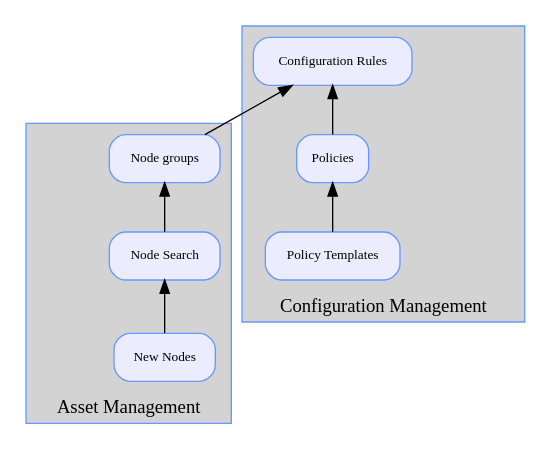
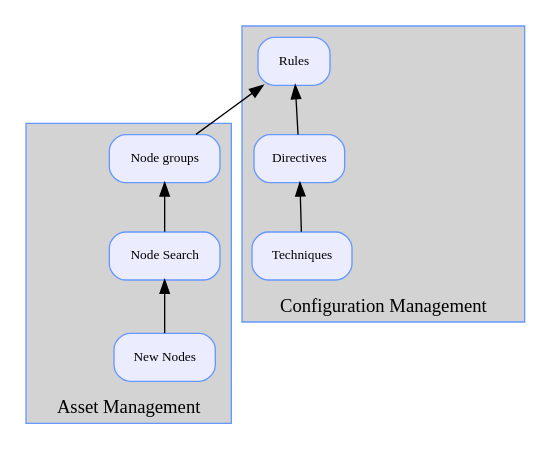
The diagram in graphviz/concepts.dot (Normation/rudder-doc), drawn with Graphviz before and after one commit. The commit also changed 2 other files, not shown here.

Commit message:
issue #2337 graphviz graphes updated with new names

```diff
--- a/graphviz/concepts.dot
+++ b/graphviz/concepts.dot
@@ -1,39 +1,39 @@
 digraph concepts{
 
 rankdir=BT;
 node [shape=Mrecord, style=filled, color="#6699ff", fillcolor="#ececff",
 fontsize=10];
-NN NS NG PT PS CR ;
+NN NS NG TE DI RU ;
 
 NN [label = "New Nodes" ];
 
 NS [label = "Node Search" ];
 
 NG [label = "Node groups"];
 
-PT [label = "Policy Templates"];
+TE [label = "Techniques"];
 
-PS [label = "Policies"];
+DI [label = "Directives"];
 
-CR [label = "Configuration Rules"];
+RU [label = "Rules"];
 
 subgraph cluster0 { 
     label="Asset Management"; 
     style=filled;
     color="#6699ff"; 
     fillcolor=lightgrey;
     NN -> NS ->NG; 
 };
 
-NG -> CR ;
+NG -> RU ;
 
 subgraph cluster1 { 
     label="Configuration Management";
     shape="component";
     style="filled";
     color="#6699ff";
     fillcolor="lightgrey";
-    PT -> PS -> CR; 
+    TE -> DI -> RU; 
 };
 
 }
```
